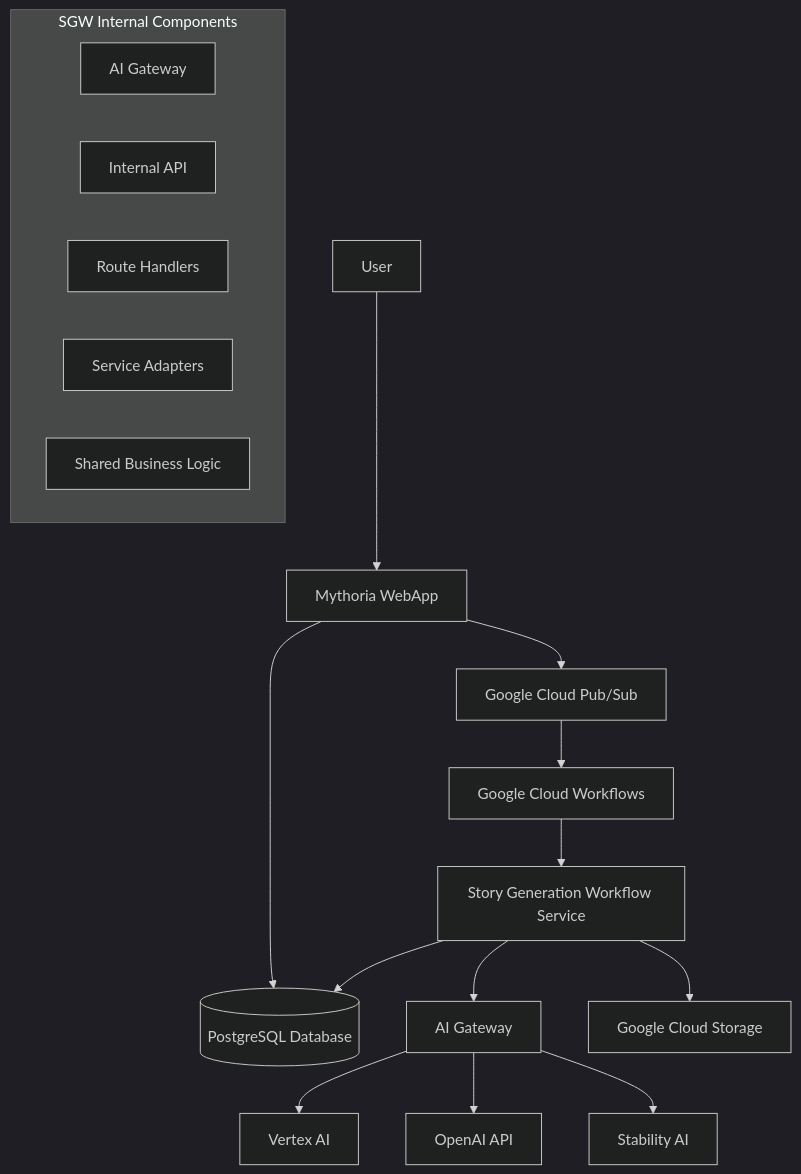
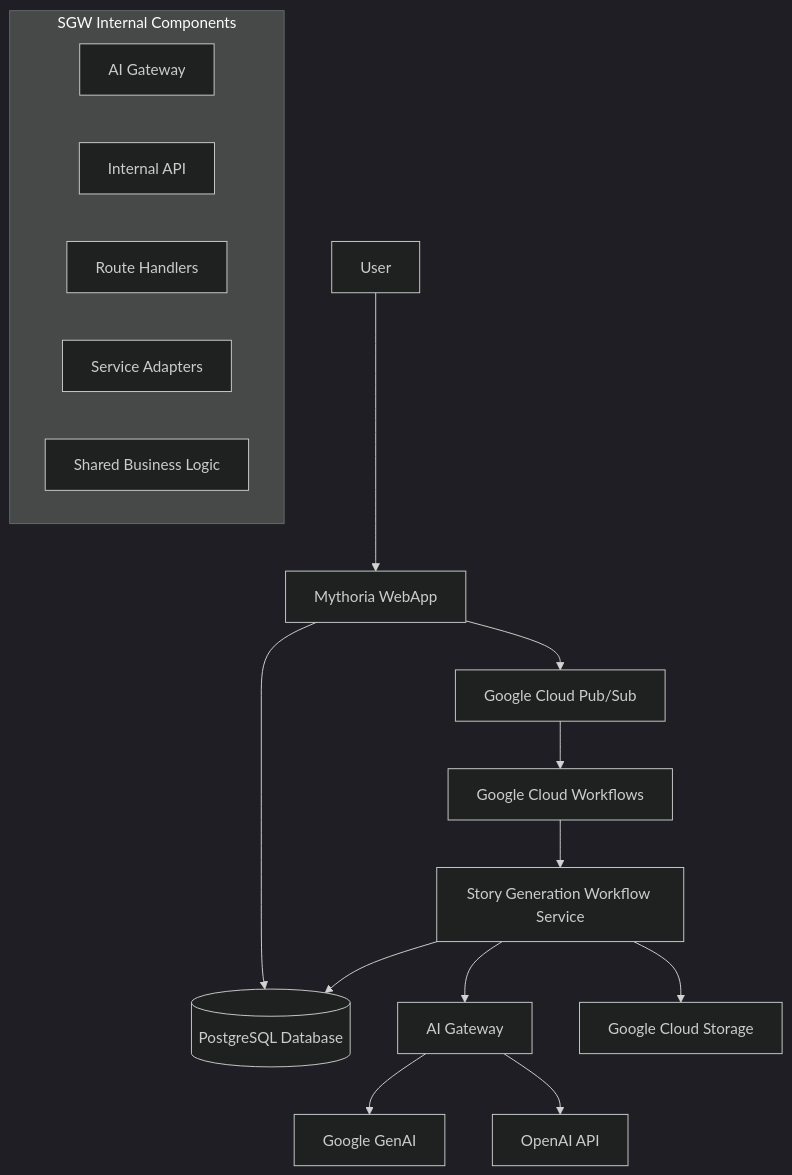
Before and after one commit to mythoria-pt/story-generation-workflow: the first of 5 diagrams in docs/ARCHITECTURE.md, drawn with Mermaid (dark theme). The commit also changed other lines of this file and 14 other files, not shown here.

````diff
--- a/docs/ARCHITECTURE.md
+++ b/docs/ARCHITECTURE.md
@@ -33,25 +35,24 @@
 ```mermaid
 graph TB
     User[User] --> WebApp[Mythoria WebApp]
     WebApp --> DB[(PostgreSQL Database)]
     WebApp --> PubSub[Google Cloud Pub/Sub]
-    
+
     PubSub --> Workflows[Google Cloud Workflows]
     Workflows --> SGW[Story Generation Workflow Service]
-    
+
     SGW --> AI[AI Gateway]
-    AI --> Vertex[Vertex AI]
+    AI --> Google[Google GenAI]
     AI --> OpenAI[OpenAI API]
-    AI --> Stability[Stability AI]
-    
+
     SGW --> Storage[Google Cloud Storage]
     SGW --> DB
-    
+
     subgraph "SGW Internal Components"
         Gateway[AI Gateway]
         Internal[Internal API]
         Routes[Route Handlers]
         Adapters[Service Adapters]
         Shared[Shared Business Logic]
     end
 ```
````
